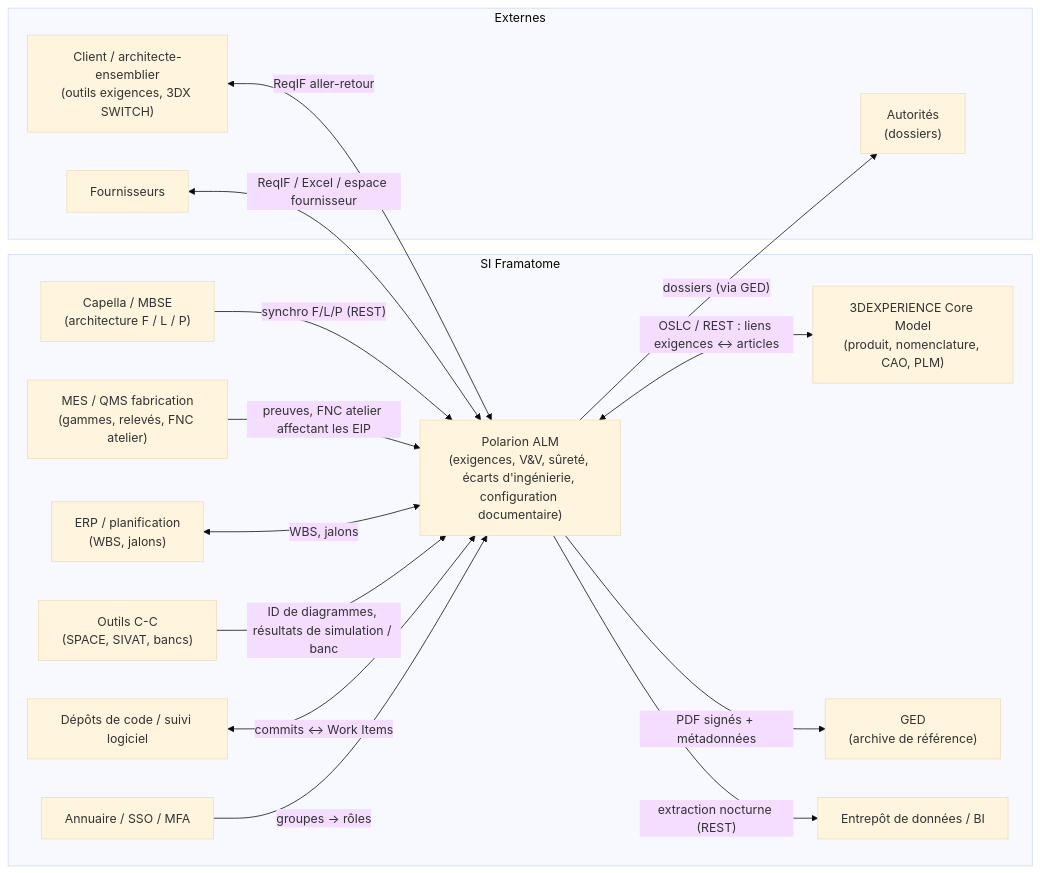
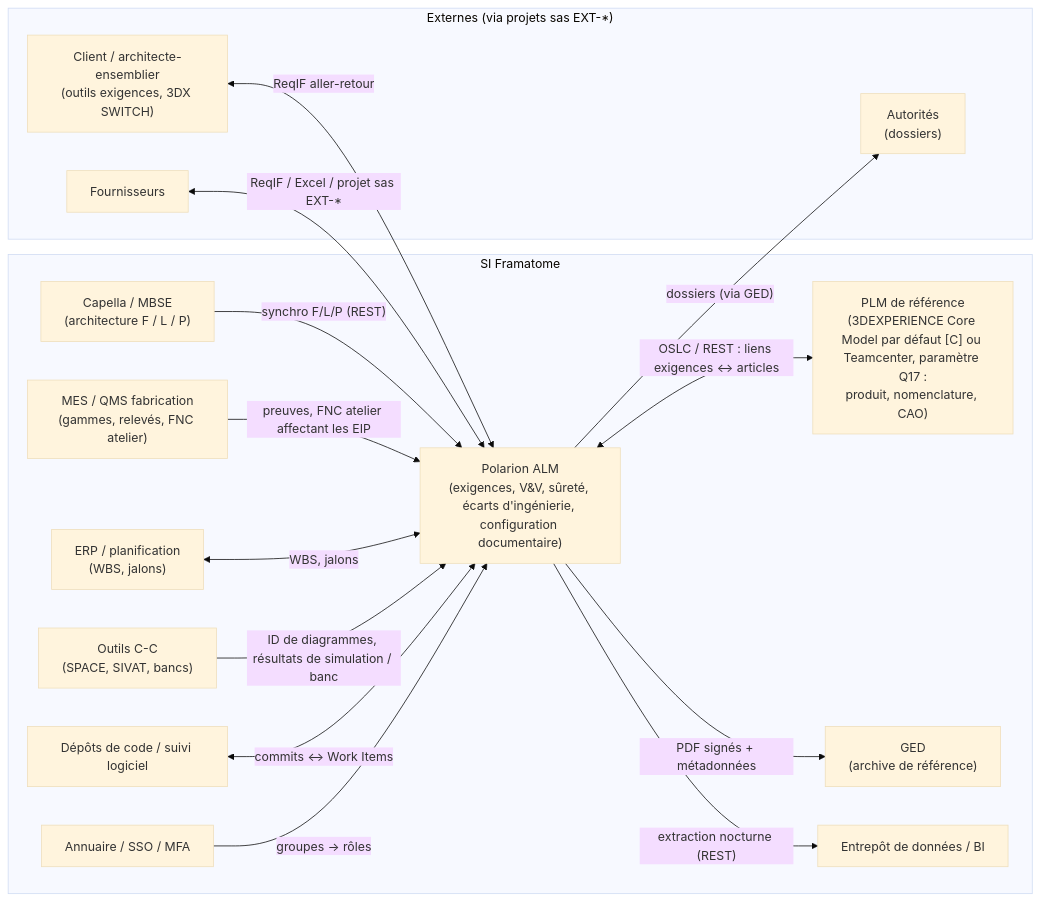
Before and after one commit to PapSee1/ALM_Datamodel: the diagram in docs/partie3/14_Integrations_et_echanges.md, drawn with Mermaid (base theme). The commit also changed other lines of this file and 77 other files, not shown here.

````diff
--- a/docs/partie3/14_Integrations_et_echanges.md
+++ b/docs/partie3/14_Integrations_et_echanges.md
@@ -7,32 +15,32 @@
 ```mermaid
 flowchart LR
   subgraph FRA["SI Framatome"]
     POL["Polarion ALM<br/>(exigences, V&V, sûreté, écarts d'ingénierie, configuration documentaire)"]
     CAP["Capella / MBSE<br/>(architecture F / L / P)"]
-    TDX["3DEXPERIENCE Core Model<br/>(produit, nomenclature, CAO, PLM)"]
+    PLM["PLM de référence<br/>(3DEXPERIENCE Core Model par défaut [C] ou Teamcenter, paramètre Q17 :<br/>produit, nomenclature, CAO)"]
     MES["MES / QMS fabrication<br/>(gammes, relevés, FNC atelier)"]
     GED["GED<br/>(archive de référence)"]
     ERP["ERP / planification<br/>(WBS, jalons)"]
     ICT["Outils C-C<br/>(SPACE, SIVAT, bancs)"]
     CODE["Dépôts de code / suivi logiciel"]
     BI["Entrepôt de données / BI"]
     IAM["Annuaire / SSO / MFA"]
   end
-  subgraph EXT["Externes"]
+  subgraph EXT["Externes (via projets sas EXT-*)"]
     CUST["Client / architecte-ensemblier<br/>(outils exigences, 3DX SWITCH)"]
     SUP["Fournisseurs"]
     AUTH["Autorités<br/>(dossiers)"]
   end
   CAP -->|"synchro F/L/P (REST)"| POL
-  POL <-->|"OSLC / REST : liens exigences ↔ articles"| TDX
+  POL <-->|"OSLC / REST : liens exigences ↔ articles"| PLM
   MES -->|"preuves, FNC atelier affectant les EIP"| POL
   POL -->|"PDF signés + métadonnées"| GED
   ERP <-->|"WBS, jalons"| POL
   ICT -->|"ID de diagrammes, résultats de simulation / banc"| POL
   CODE <-->|"commits ↔ Work Items"| POL
   POL -->|"extraction nocturne (REST)"| BI
   IAM -->|"groupes → rôles"| POL
   CUST <-->|"ReqIF aller-retour"| POL
-  SUP <-->|"ReqIF / Excel / espace fournisseur"| POL
+  SUP <-->|"ReqIF / Excel / projet sas EXT-*"| POL
   POL -->|"dossiers (via GED)"| AUTH
 ```
````
